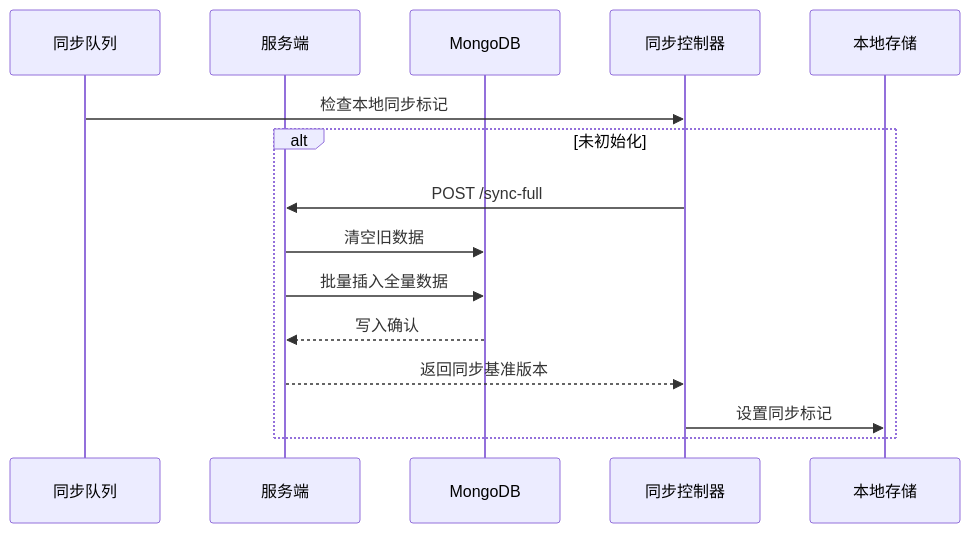
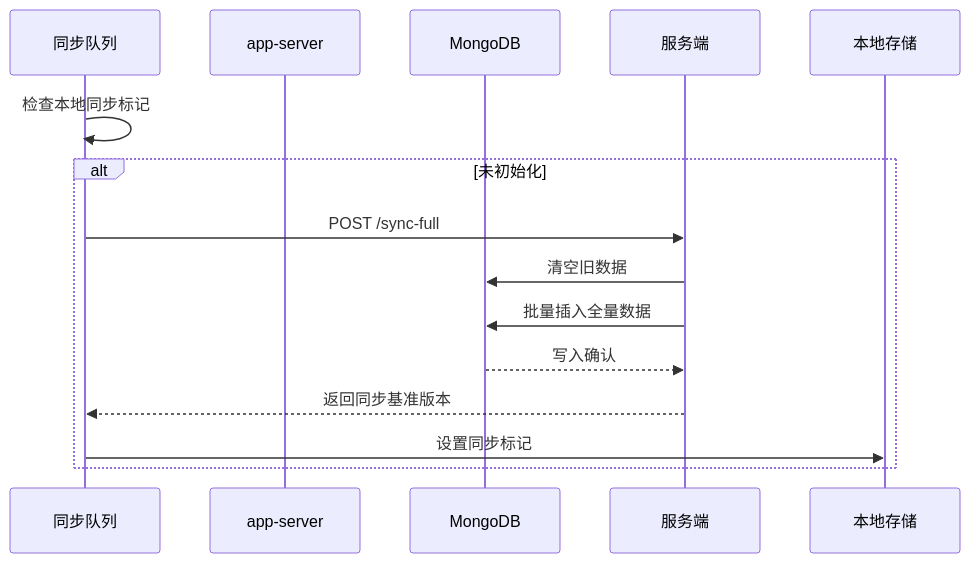
The diagram in all/未命名-24.md (yingjianzh/iodraw-files), drawn with Mermaid before and after one commit.

Commit message:
2025-02-21 18:24:36 update

````diff
--- a/all/未命名-24.md
+++ b/all/未命名-24.md
@@ -1,16 +1,16 @@
 ```mermaid
 sequenceDiagram
     participant 同步队列
-    participant 服务端
+    participant app-server
     participant MongoDB
 
-    同步队列->>同步控制器: 检查本地同步标记
+    同步队列->>同步队列: 检查本地同步标记
     alt 未初始化
-        同步控制器->>服务端: POST /sync-full
+        同步队列->>服务端: POST /sync-full
         服务端->>MongoDB: 清空旧数据
         服务端->>MongoDB: 批量插入全量数据
         MongoDB-->>服务端: 写入确认
-        服务端-->>同步控制器: 返回同步基准版本
-        同步控制器->>本地存储: 设置同步标记
+        服务端-->>同步队列: 返回同步基准版本
+        同步队列->>本地存储: 设置同步标记
     end
 ```
````
